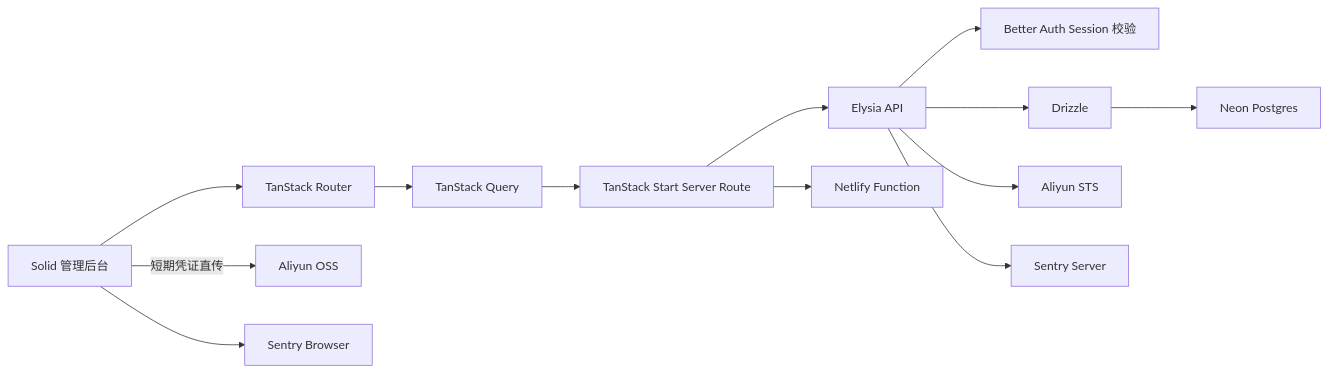
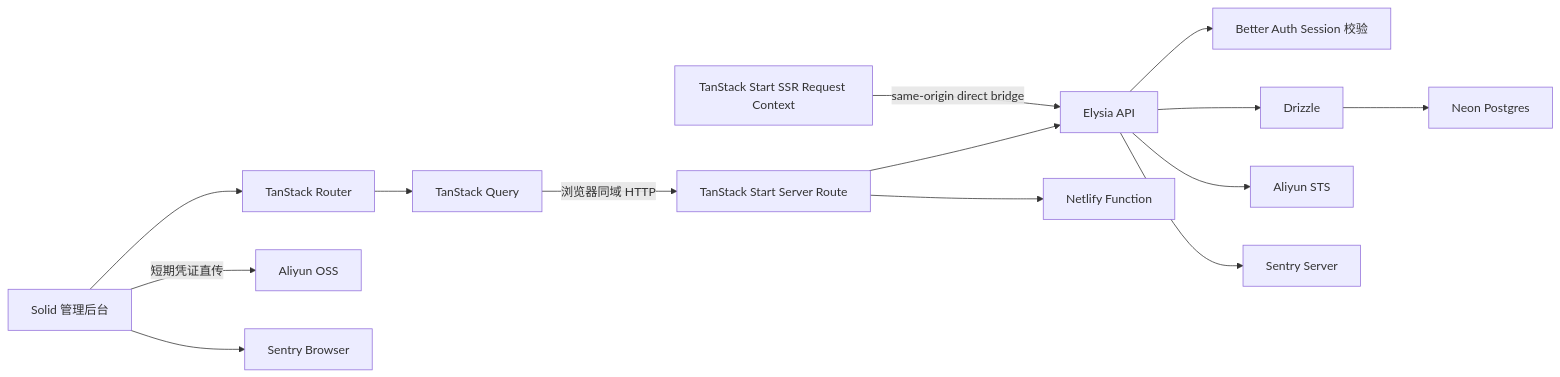
The first of 2 diagrams in docs/aegis/specs/2026-07-14-updater-admin-design.md (InChh/updater-admin), drawn with Mermaid before and after one commit. The commit also changed other lines of this file and 189 other files, not shown here.

```diff
--- a/docs/aegis/specs/2026-07-14-updater-admin-design.md
+++ b/docs/aegis/specs/2026-07-14-updater-admin-design.md
@@ -279,15 +280,16 @@
 ~~~mermaid
 flowchart LR
   B["Solid 管理后台"] --> R["TanStack Router"]
   R --> Q["TanStack Query"]
-  Q --> S["TanStack Start Server Route"]
+  Q -->|"浏览器同域 HTTP"| S["TanStack Start Server Route"]
   S --> E["Elysia API"]
+  SSR["TanStack Start SSR Request Context"] -->|"same-origin direct bridge"| E
   E --> A["Better Auth Session 校验"]
   E --> D["Drizzle"]
   D --> N["Neon Postgres"]
   E --> STS["Aliyun STS"]
   B -->|"短期凭证直传"| OSS["Aliyun OSS"]
   B --> SC["Sentry Browser"]
   E --> SS["Sentry Server"]
   S --> NF["Netlify Function"]
 ~~~
```
